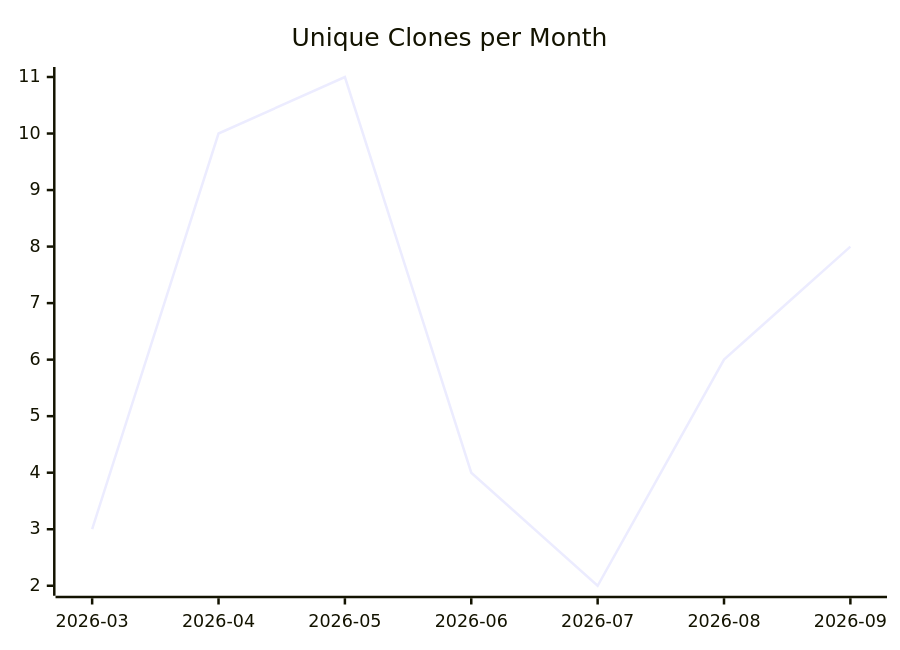
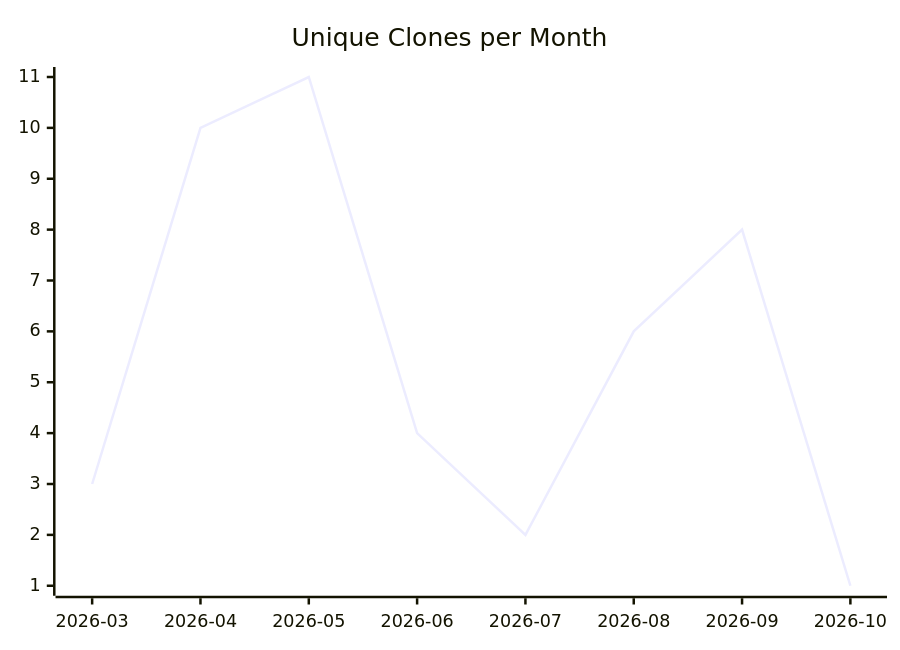
Before and after one commit to justdavis-family/github-analytics-data: the third of 3 diagrams in karlmdavis/bbonfhir-dev-infra-docker/README.md, drawn with Mermaid. The commit also changed other lines of this file and 202 other files, not shown here.

````diff
--- a/karlmdavis/bbonfhir-dev-infra-docker/README.md
+++ b/karlmdavis/bbonfhir-dev-infra-docker/README.md
@@ -19,6 +19,6 @@
 ```mermaid
 xychart-beta
   title "Unique Clones per Month"
-  x-axis ["2026-03", "2026-04", "2026-05", "2026-06", "2026-07", "2026-08", "2026-09"]
-  line [3, 10, 11, 4, 2, 6, 8]
+  x-axis ["2026-03", "2026-04", "2026-05", "2026-06", "2026-07", "2026-08", "2026-09", "2026-10"]
+  line [3, 10, 11, 4, 2, 6, 8, 1]
 ```
````
